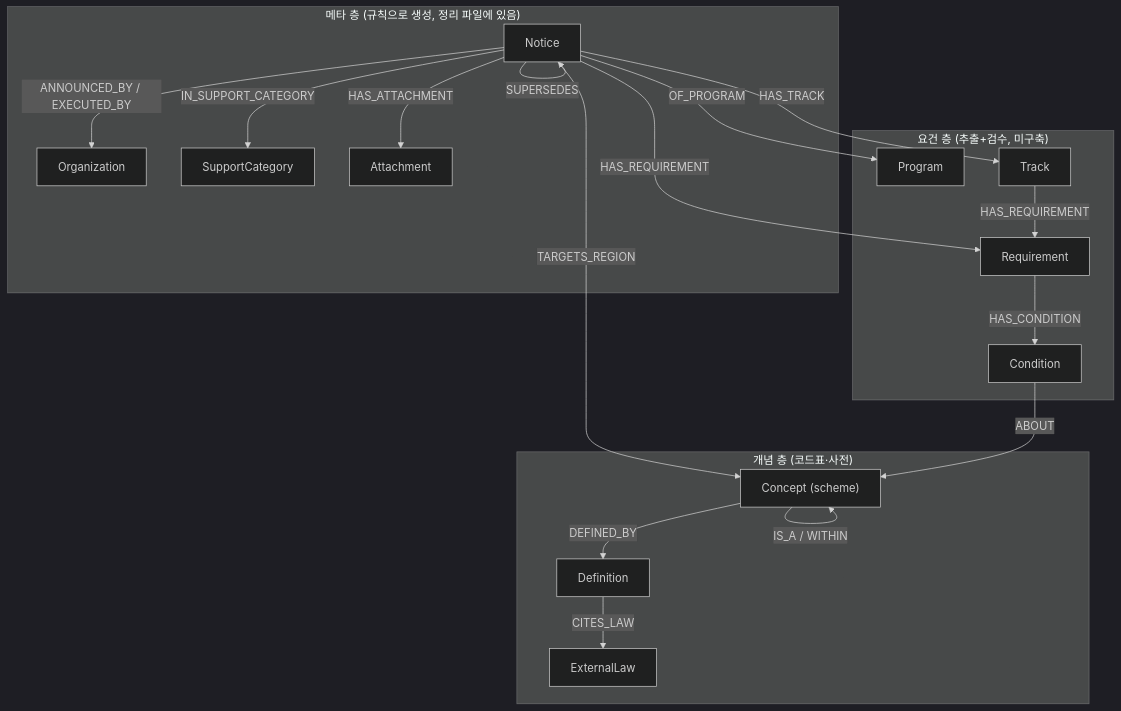
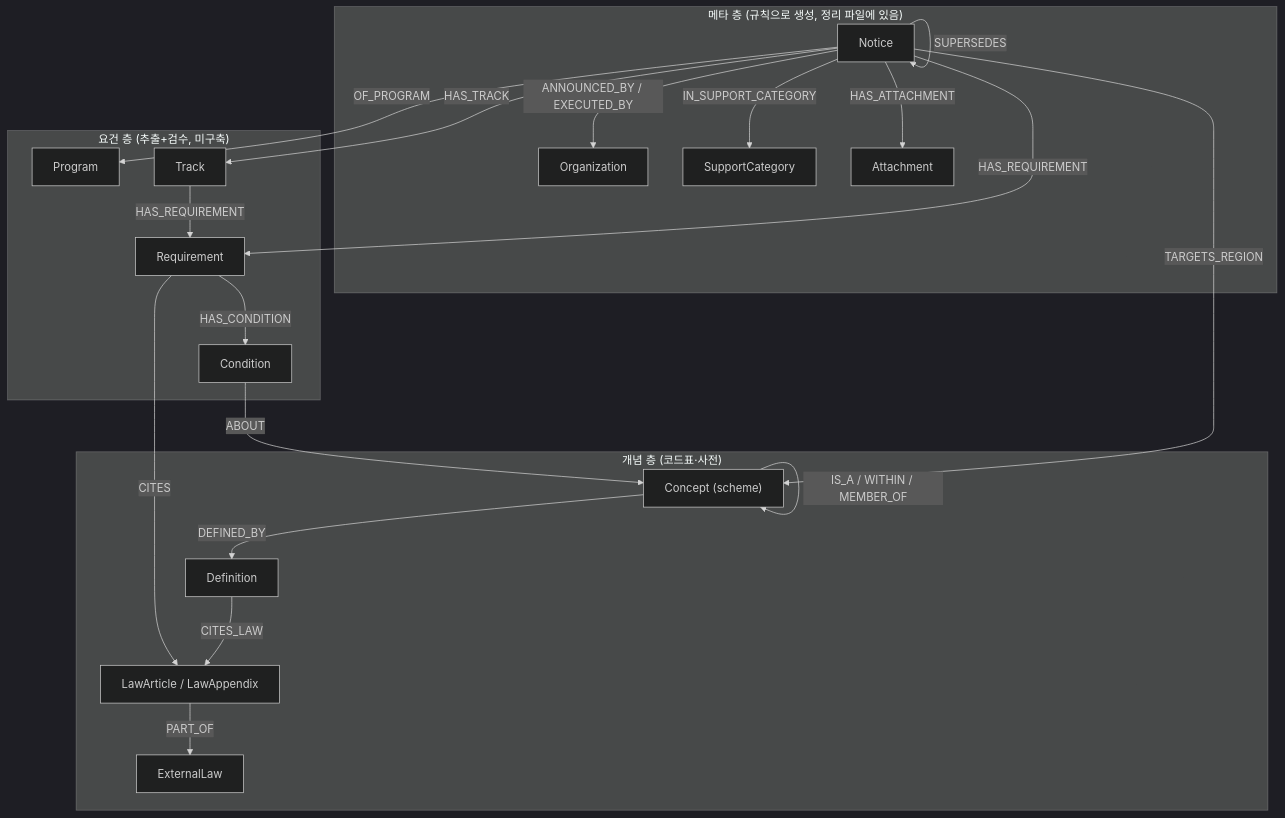
The diagram in docs/[도메인온톨로지] MLE_도메인_온톨로지_설계서_2팀.md (encore-ai-campus/mle-01-final-team2), drawn with Mermaid (dark theme) before and after one commit. The commit also changed other lines of this file and 13 other files, not shown here.

````diff
--- a/docs/[도메인온톨로지] MLE_도메인_온톨로지_설계서_2팀.md
+++ b/docs/[도메인온톨로지] MLE_도메인_온톨로지_설계서_2팀.md
@@ -116,23 +118,25 @@
 ```mermaid
 flowchart TB
   subgraph META["메타 층 (규칙으로 생성, 정리 파일에 있음)"]
     N["Notice"] -->|ANNOUNCED_BY / EXECUTED_BY| O["Organization"]
     N -->|IN_SUPPORT_CATEGORY| SC["SupportCategory"]
     N -->|HAS_ATTACHMENT| A["Attachment"]
     N -->|SUPERSEDES| N
   end
   subgraph REQ["요건 층 (추출+검수, 미구축)"]
     N -->|OF_PROGRAM| P["Program"]
     N -->|HAS_TRACK| T["Track"]
     N -->|HAS_REQUIREMENT| R["Requirement"]
     T -->|HAS_REQUIREMENT| R
     R -->|HAS_CONDITION| C["Condition"]
   end
   subgraph CON["개념 층 (코드표·사전)"]
-    K["Concept (scheme)"] -->|IS_A / WITHIN| K
-    D["Definition"] -->|CITES_LAW| L["ExternalLaw"]
+    K["Concept (scheme)"] -->|IS_A / WITHIN / MEMBER_OF| K
+    D["Definition"] -->|CITES_LAW| LA["LawArticle / LawAppendix"]
+    LA -->|PART_OF| L["ExternalLaw"]
   end
+  R -->|CITES| LA
   N -->|TARGETS_REGION| K
   C -->|ABOUT| K
   K -->|DEFINED_BY| D
 ```
````
